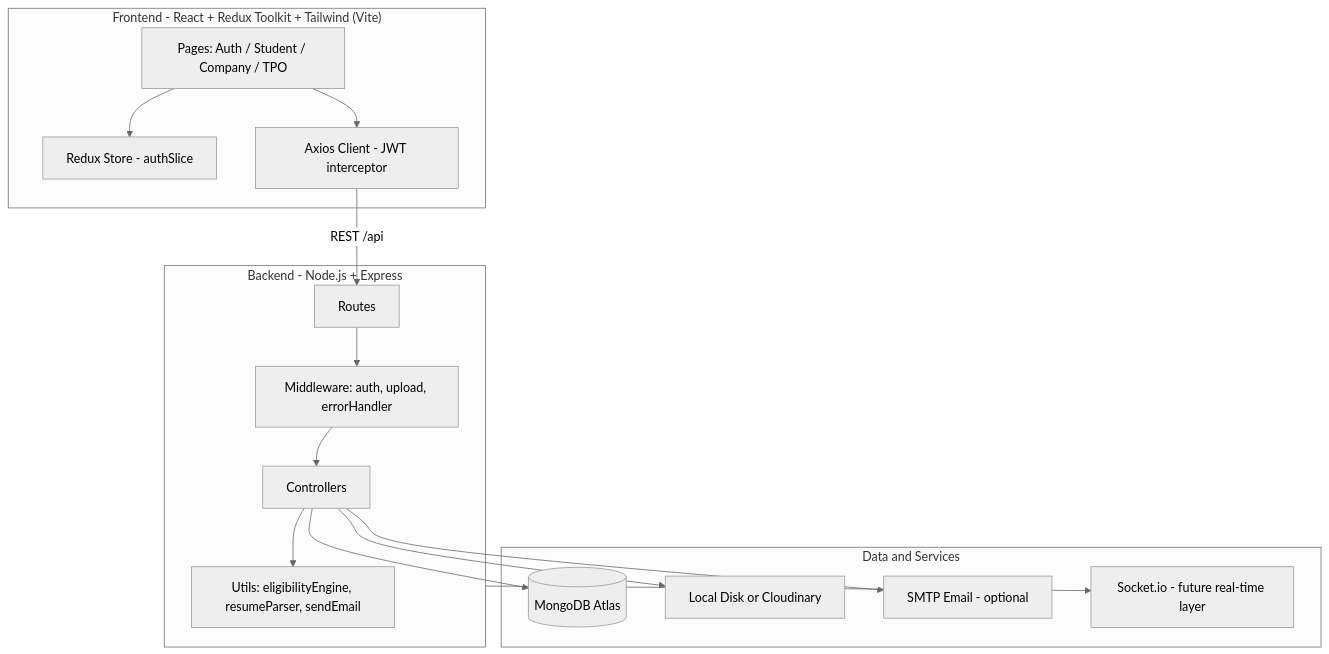
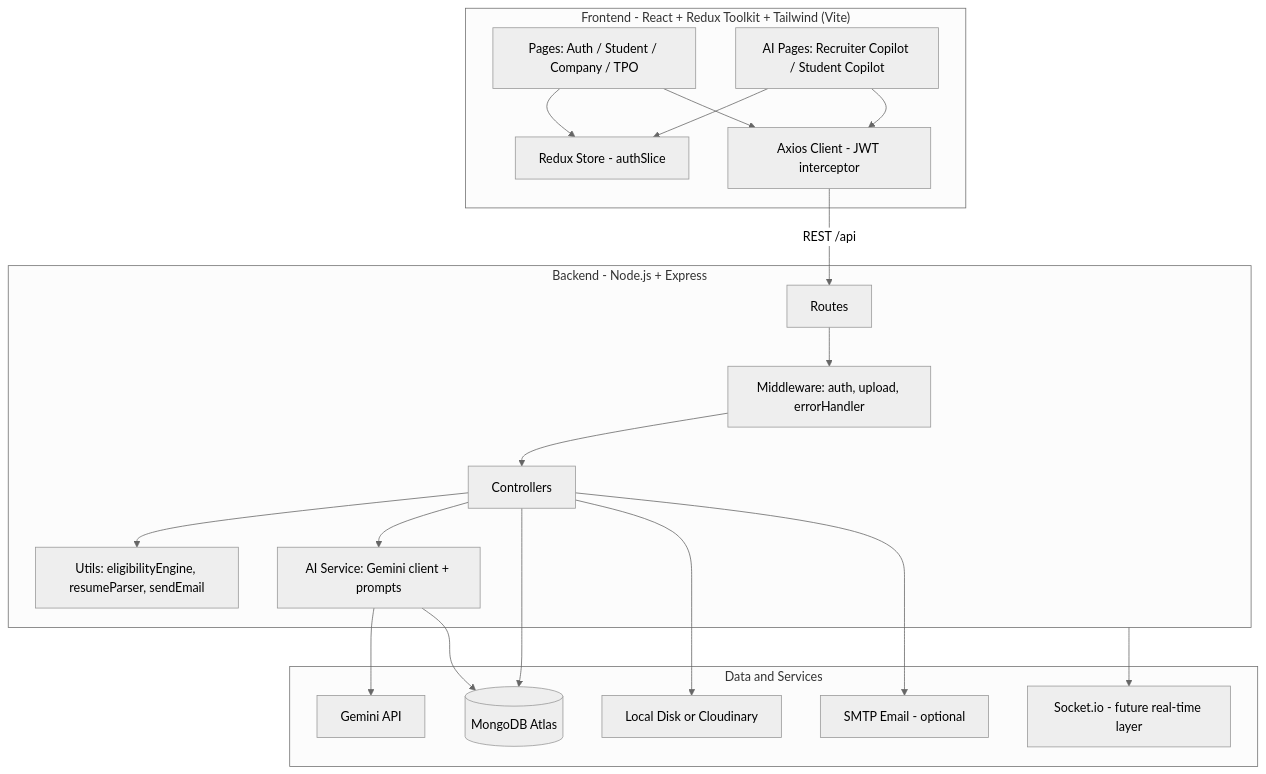
Before and after one commit to Sunakshi8/campuslytics: the fourth of 8 diagrams in README.md, drawn with Mermaid (neutral theme). The commit also changed other lines of this file, not shown here.

````diff
--- a/README.md
+++ b/README.md
@@ -81,33 +174,41 @@
 ```mermaid
 flowchart TB
     subgraph Client["Frontend - React + Redux Toolkit + Tailwind (Vite)"]
         UI[Pages: Auth / Student / Company / TPO]
+        AIUI[AI Pages: Recruiter Copilot / Student Copilot]
         RTK[Redux Store - authSlice]
         AX[Axios Client - JWT interceptor]
         UI --> RTK
+        AIUI --> RTK
         UI --> AX
+        AIUI --> AX
     end
 
     subgraph Server["Backend - Node.js + Express"]
         MW[Middleware: auth, upload, errorHandler]
         RT[Routes]
         CT[Controllers]
         UTL[Utils: eligibilityEngine, resumeParser, sendEmail]
+        AISVC[AI Service: Gemini client + prompts]
         RT --> MW
         MW --> CT
         CT --> UTL
+        CT --> AISVC
     end
 
     subgraph Data["Data and Services"]
         DB[(MongoDB Atlas)]
         FS[Local Disk or Cloudinary]
         SMTP[SMTP Email - optional]
         IO[Socket.io - future real-time layer]
+        GEM[Gemini API]
     end
 
     AX -- REST /api --> RT
     CT --> DB
     CT --> FS
     CT --> SMTP
+    AISVC --> GEM
+    AISVC --> DB
     Server --> IO
 ```
````
